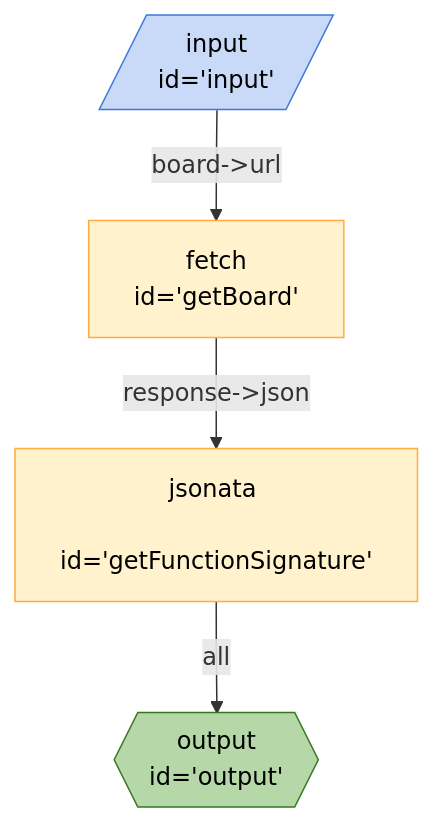
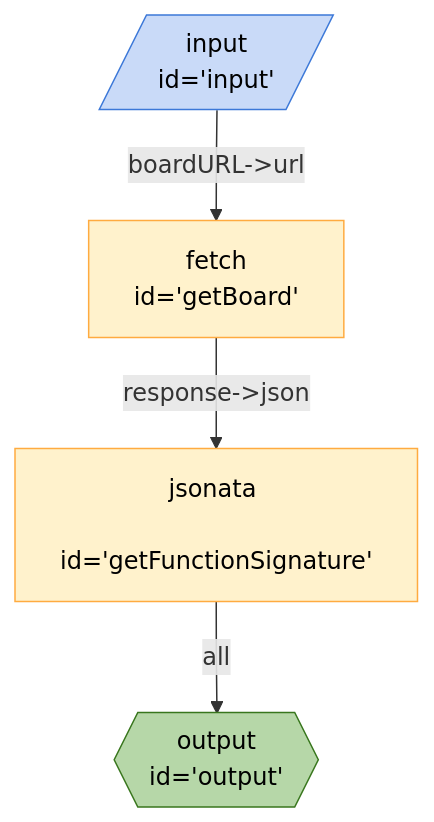
The diagram in seeds/breadboard-web/docs/graphs/board-as-function.md (breadboard-ai/breadboard), drawn with Mermaid before and after one commit. The commit also changed 5 other files, not shown here.

````diff
--- a/seeds/breadboard-web/docs/graphs/board-as-function.md
+++ b/seeds/breadboard-web/docs/graphs/board-as-function.md
@@ -3,15 +3,15 @@
 ```mermaid
 %%{init: 'themeVariables': { 'fontFamily': 'Fira Code, monospace' }}%%
 graph TD;
-input[/"input <br> id='input'"/]:::input -- "board->url" --> getBoard["fetch <br> id='getBoard'"]
+input[/"input <br> id='input'"/]:::input -- "boardURL->url" --> getBoard["fetch <br> id='getBoard'"]
 getFunctionSignature["jsonata <br> id='getFunctionSignature'"] -- all --> output{{"output <br> id='output'"}}:::output
 getBoard["fetch <br> id='getBoard'"] -- "response->json" --> getFunctionSignature["jsonata <br> id='getFunctionSignature'"]
 classDef default stroke:#ffab40,fill:#fff2ccff,color:#000
 classDef input stroke:#3c78d8,fill:#c9daf8ff,color:#000
 classDef output stroke:#38761d,fill:#b6d7a8ff,color:#000
 classDef passthrough stroke:#a64d79,fill:#ead1dcff,color:#000
 classDef slot stroke:#a64d79,fill:#ead1dcff,color:#000
 classDef config stroke:#a64d79,fill:#ead1dcff,color:#000
 classDef secrets stroke:#db4437,fill:#f4cccc,color:#000
 classDef slotted stroke:#a64d79
 ```
````
